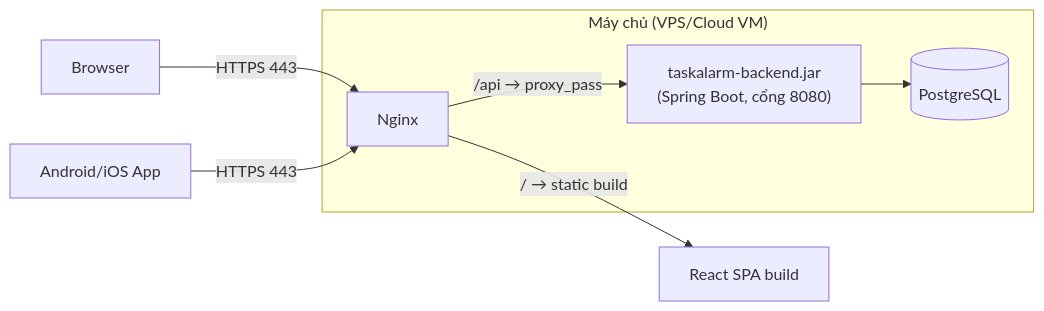
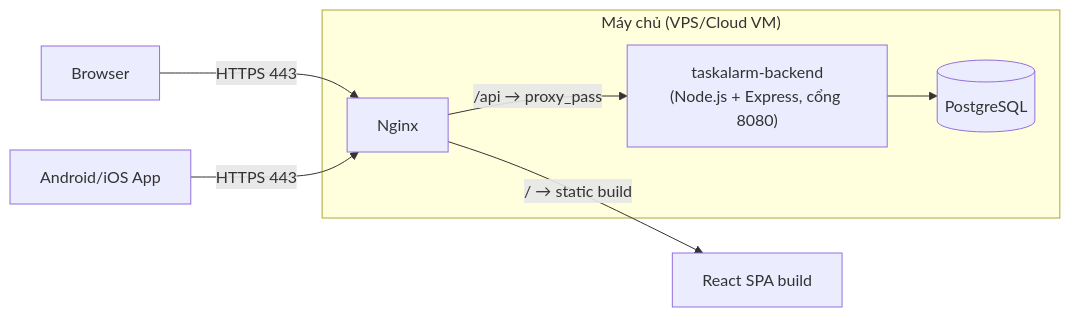
The third of 3 diagrams in BA/07_TaskAlarm_Architecture.md (Dieter9905/MN-Qronx), drawn with Mermaid before and after one commit. The commit also changed other lines of this file and 2 other files, not shown here.

First line of the commit message:
Chuyển công nghệ Backend từ Java/Spring Boot sang Node.js/Express

````diff
--- a/BA/07_TaskAlarm_Architecture.md
+++ b/BA/07_TaskAlarm_Architecture.md
@@ -173,15 +178,15 @@
 ```mermaid
 flowchart LR
     subgraph Server["Máy chủ (VPS/Cloud VM)"]
         NGINX2[Nginx]
-        JAR["taskalarm-backend.jar<br/>(Spring Boot, cổng 8080)"]
+        NODE["taskalarm-backend<br/>(Node.js + Express, cổng 8080)"]
         PG[(PostgreSQL)]
     end
 
     Browser -->|HTTPS 443| NGINX2
     NGINX2 -->|"/ → static build"| SPA["React SPA build"]
-    NGINX2 -->|"/api → proxy_pass"| JAR
-    JAR --> PG
+    NGINX2 -->|"/api → proxy_pass"| NODE
+    NODE --> PG
 
     MobileStore["Android/iOS App"] -->|HTTPS 443| NGINX2
 ```
````
